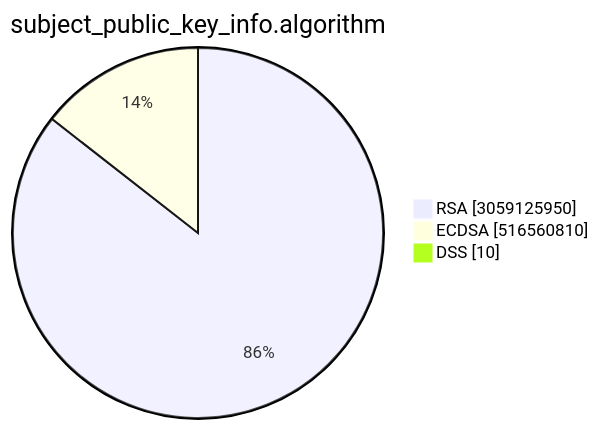
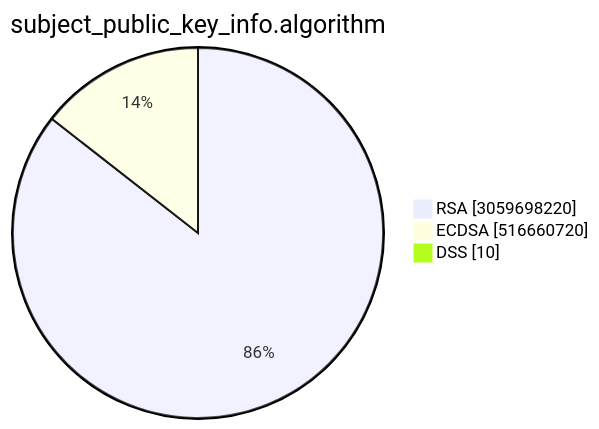
The second of 15 diagrams in TOTAL/README.md (christiankrug/ctmonitor_visualization), drawn with Mermaid before and after one commit. The commit also changed other lines of this file, not shown here.

````diff
--- a/TOTAL/README.md
+++ b/TOTAL/README.md
@@ -6,7 +6,7 @@
 ```mermaid
 pie showData
 title subject_public_key_info.algorithm
-"RSA" :3059125950
-"ECDSA" :516560810
+"RSA" :3059698220
+"ECDSA" :516660720
 "DSS" :10
 ```
````
